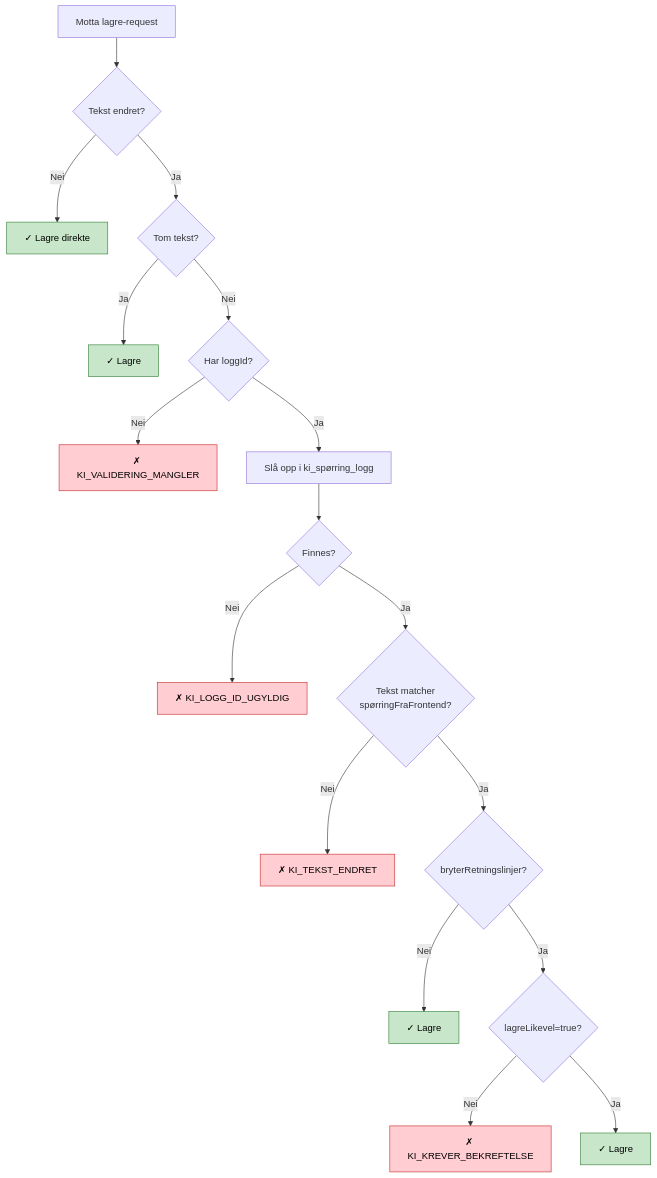
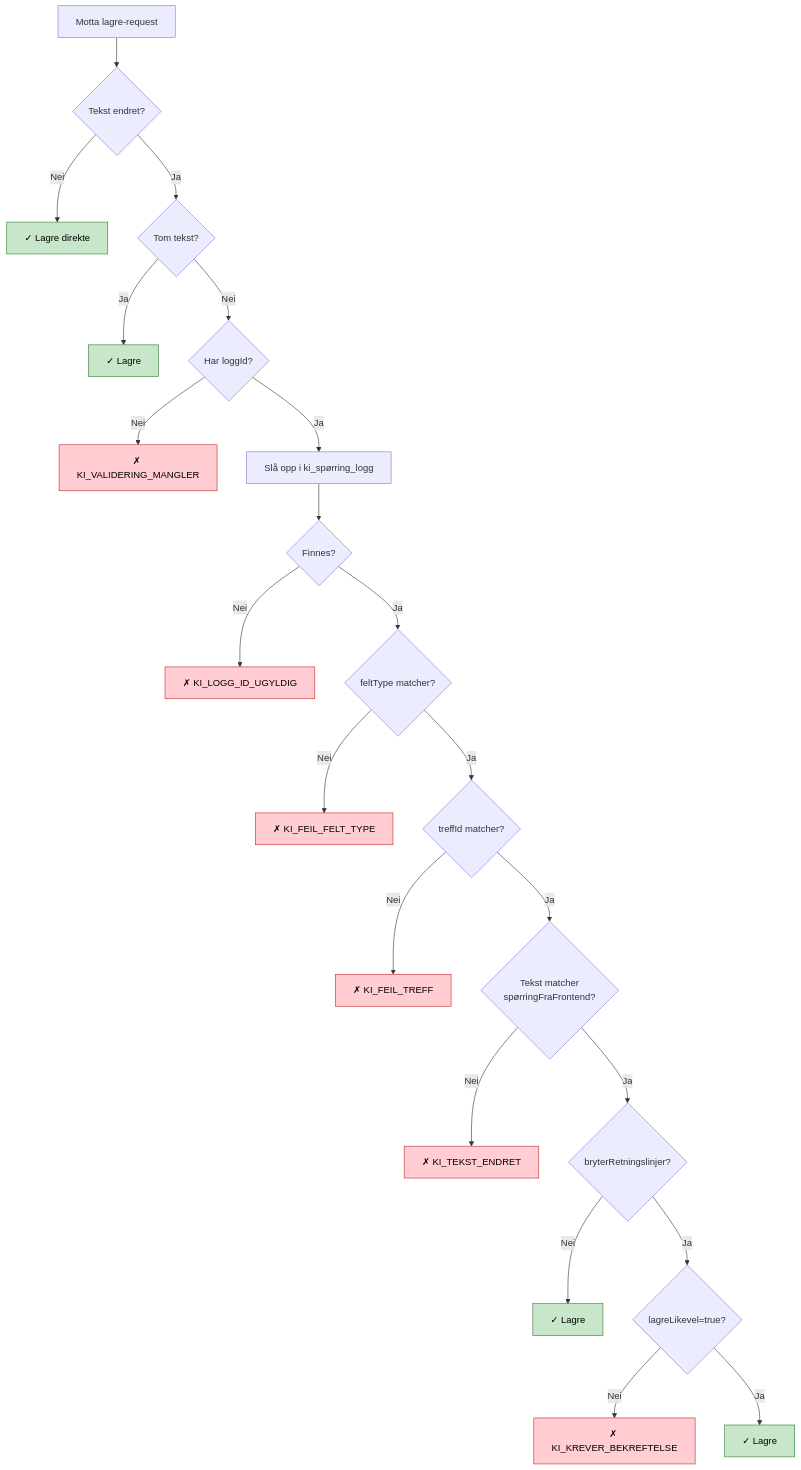
Before and after one commit to navikt/rekrutteringstreff-backend: the second of 5 diagrams in docs/5-ki/ki-tekstvalidering.md, drawn with Mermaid. The commit also changed other lines of this file, not shown here.

````diff
--- a/docs/5-ki/ki-tekstvalidering.md
+++ b/docs/5-ki/ki-tekstvalidering.md
@@ -136,34 +144,42 @@
 ```mermaid
 flowchart TD
     START[Motta lagre-request] --> ENDRET{Tekst endret?}
     ENDRET -->|Nei| OK1[✓ Lagre direkte]
     ENDRET -->|Ja| TOM{Tom tekst?}
 
     TOM -->|Ja| OK2[✓ Lagre]
     TOM -->|Nei| LOGG_ID{Har loggId?}
 
     LOGG_ID -->|Nei| AVVIS1[✗ KI_VALIDERING_MANGLER]
     LOGG_ID -->|Ja| OPPSLAG[Slå opp i ki_spørring_logg]
 
     OPPSLAG --> FINNES{Finnes?}
     FINNES -->|Nei| AVVIS2[✗ KI_LOGG_ID_UGYLDIG]
-    FINNES -->|Ja| MATCH{Tekst matcher<br/>spørringFraFrontend?}
+    FINNES -->|Ja| FELT_TYPE{feltType matcher?}
+
+    FELT_TYPE -->|Nei| AVVIS5[✗ KI_FEIL_FELT_TYPE]
+    FELT_TYPE -->|Ja| TREFF_ID{treffId matcher?}
+
+    TREFF_ID -->|Nei| AVVIS6[✗ KI_FEIL_TREFF]
+    TREFF_ID -->|Ja| MATCH{Tekst matcher<br/>spørringFraFrontend?}
 
     MATCH -->|Nei| AVVIS3[✗ KI_TEKST_ENDRET]
     MATCH -->|Ja| BRYTER{bryterRetningslinjer?}
 
     BRYTER -->|Nei| OK3[✓ Lagre]
     BRYTER -->|Ja| BEKREFTET{lagreLikevel=true?}
 
     BEKREFTET -->|Nei| AVVIS4[✗ KI_KREVER_BEKREFTELSE]
     BEKREFTET -->|Ja| OK4[✓ Lagre]
 
     style AVVIS1 fill:#ffcdd2,color:#000,stroke:#c62828
     style AVVIS2 fill:#ffcdd2,color:#000,stroke:#c62828
     style AVVIS3 fill:#ffcdd2,color:#000,stroke:#c62828
     style AVVIS4 fill:#ffcdd2,color:#000,stroke:#c62828
+    style AVVIS5 fill:#ffcdd2,color:#000,stroke:#c62828
+    style AVVIS6 fill:#ffcdd2,color:#000,stroke:#c62828
     style OK1 fill:#c8e6c9,color:#000,stroke:#2e7d32
     style OK2 fill:#c8e6c9,color:#000,stroke:#2e7d32
     style OK3 fill:#c8e6c9,color:#000,stroke:#2e7d32
     style OK4 fill:#c8e6c9,color:#000,stroke:#2e7d32
 ```
````
